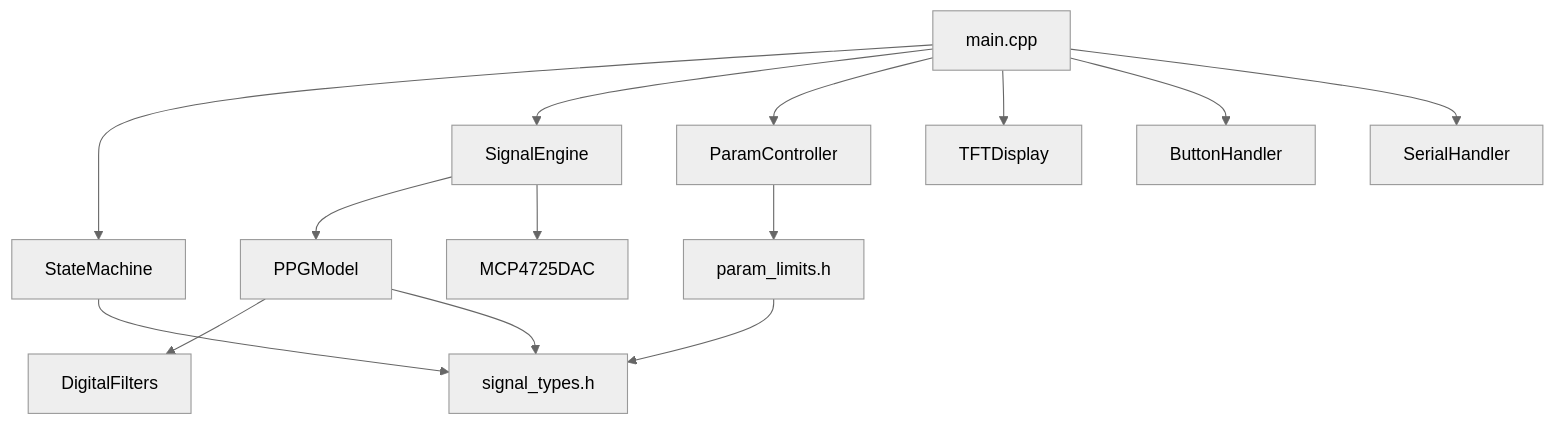
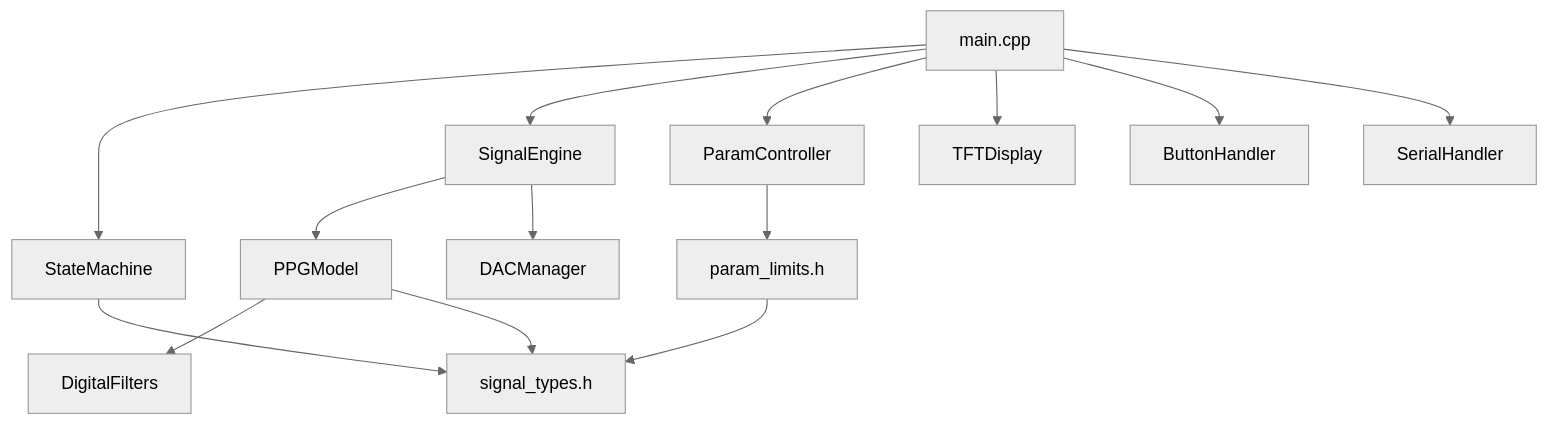
Before and after one commit to nguyenhuy0426/PPG_simulator: the first of 2 diagrams in CLAUDE.md, drawn with Mermaid (neutral theme). The commit also changed other lines of this file and 6 other files, not shown here.

````diff
--- a/CLAUDE.md
+++ b/CLAUDE.md
@@ -94,17 +95,17 @@
 ```mermaid
 graph TD
     MAIN["main.cpp"] --> SM["StateMachine"]
     MAIN --> SE["SignalEngine"]
     MAIN --> PC["ParamController"]
     MAIN --> TFT["TFTDisplay"]
     MAIN --> BTN["ButtonHandler"]
     MAIN --> SH["SerialHandler"]
 
     SE --> PPG["PPGModel"]
-    SE --> DAC["MCP4725DAC"]
+    SE --> DAC["DACManager"]
     PPG --> DF["DigitalFilters"]
     PPG --> ST["signal_types.h"]
     PC --> PL["param_limits.h"]
     PL --> ST
     SM --> ST
 ```
````
